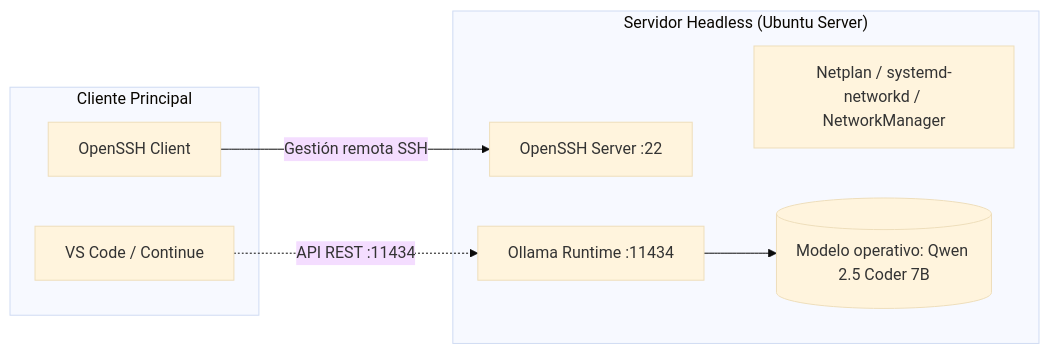
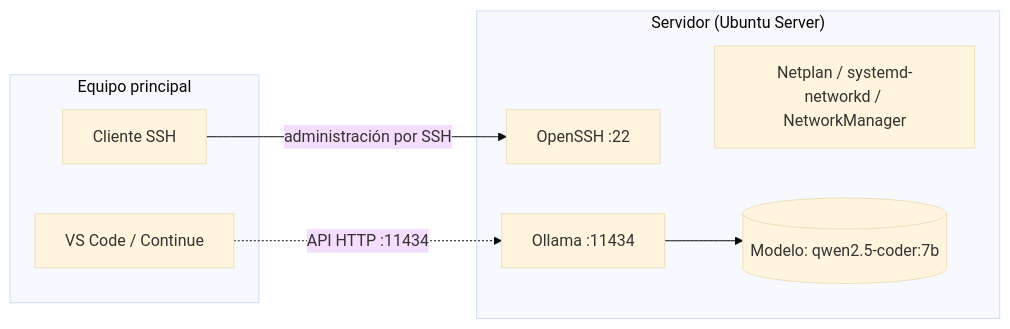
Before and after one commit to lanuzalorenzo/ai-agent-local-lab: the diagram in docs/guias/server-deployment-ubuntu-ollama.md, drawn with Mermaid (base theme). The commit also changed other lines of this file and 5 other files, not shown here.

````diff
--- a/docs/guias/server-deployment-ubuntu-ollama.md
+++ b/docs/guias/server-deployment-ubuntu-ollama.md
@@ -18,18 +18,18 @@
 ```mermaid
 flowchart LR
-    subgraph Client["Cliente Principal"]
-        SSH[OpenSSH Client]
+    subgraph Client["Equipo principal"]
+        SSH[Cliente SSH]
         VSCode[VS Code / Continue]
     end
 
-    subgraph Server["Servidor Headless (Ubuntu Server)"]
+    subgraph Server["Servidor (Ubuntu Server)"]
         Net[Netplan / systemd-networkd / NetworkManager]
-        SSHD[OpenSSH Server :22]
-        Ollama[Ollama Runtime :11434]
-        LLM[(Modelo operativo: Qwen 2.5 Coder 7B)]
+        SSHD[OpenSSH :22]
+        Ollama[Ollama :11434]
+        LLM[(Modelo: qwen2.5-coder:7b)]
     end
 
-    SSH -->|Gestión remota SSH| SSHD
-    VSCode -.->|API REST :11434| Ollama
+    SSH -->|administración por SSH| SSHD
+    VSCode -.->|API HTTP :11434| Ollama
     Ollama --> LLM
 ```
````
